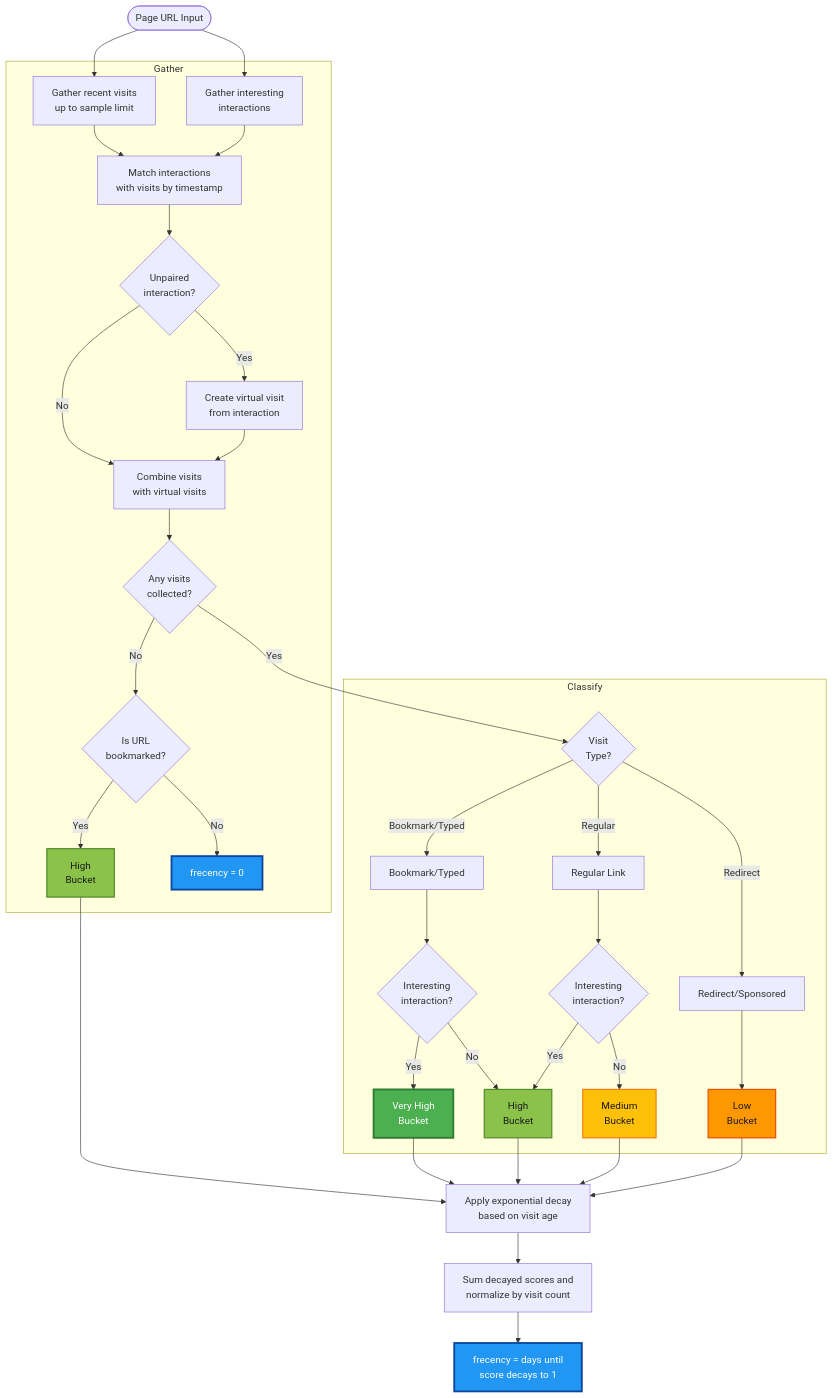
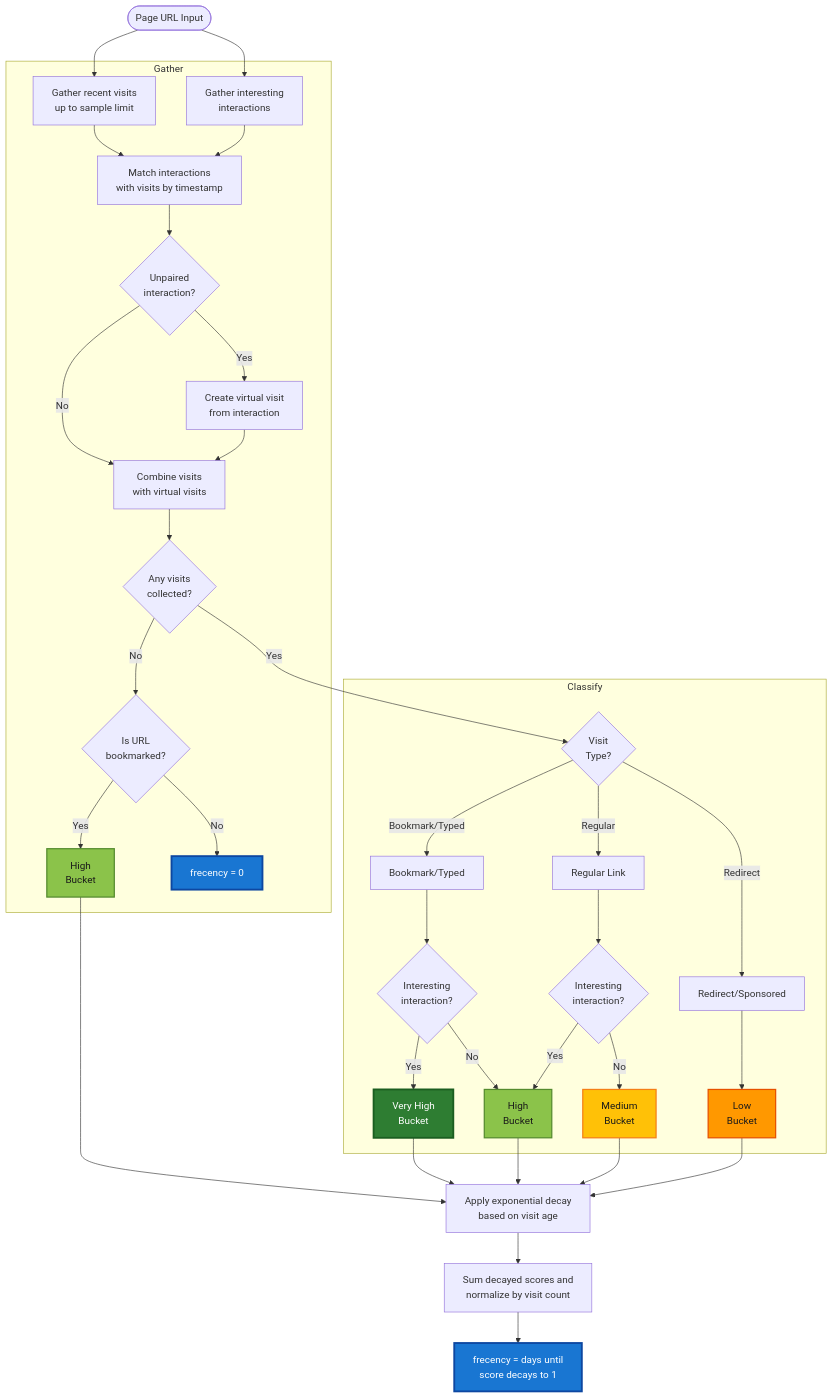
Before and after one commit to marco-c/gecko-dev-comments-removed: the diagram in browser/components/urlbar/docs/ranking.md, drawn with Mermaid.

Commit message:
Bug 2088683 - Darken the green and blue nodes in the urlbar frecency diagram so their white text is readable.

UltraBlame original commit: eabbab23bc2f5d01194353f8d3a85a12d563d6ff

````diff
--- a/browser/components/urlbar/docs/ranking.md
+++ b/browser/components/urlbar/docs/ranking.md
@@ -107,72 +107,72 @@
 ```{mermaid}
 :align: center
 :caption: Frecency calculation flow
 
 flowchart TD
     start([Page URL Input])
     subgraph gather ["Gather"]
         visits[Gather recent visits<br/>up to sample limit]
         interactions[Gather interesting<br/>interactions]
         pair[Match interactions<br/>with visits by timestamp]
         virtual{Unpaired<br/>interaction?}
         generate[Create virtual visit<br/>from interaction]
         combine[Combine visits<br/>with virtual visits]
         hasVisits{Any visits<br/>collected?}
         isBookmarked{Is URL<br/>bookmarked?}
         bookmarkFallback[High<br/>Bucket]
         noData[frecency = 0]
     end
     subgraph classify ["Classify"]
         visitType{Visit<br/>Type?}
         bookmark_typed[Bookmark/Typed]
         regular_click[Regular Link]
         redirect_auto[Redirect/Sponsored]
         bookmarkInteraction{Interesting<br/>interaction?}
         regularInteraction{Interesting<br/>interaction?}
         score1[Very High<br/>Bucket]
         score2[High<br/>Bucket]
         score3[Medium<br/>Bucket]
         score4[Low<br/>Bucket]
     end
     calcDecay[Apply exponential decay<br/>based on visit age]
     aggregate[Sum decayed scores and<br/> normalize by visit count]
     project[frecency = days until<br/>score decays to 1]
     %% Main
     start --> visits & interactions
     visits --> pair
     interactions --> pair
     pair --> virtual
     virtual -->|Yes| generate
     virtual -->|No| combine
     generate --> combine
     combine --> hasVisits
     hasVisits -->|Yes| visitType
     hasVisits -->|No| isBookmarked
     isBookmarked -->|Yes| bookmarkFallback
     isBookmarked -->|No| noData
     bookmarkFallback --> calcDecay
     %% Classification
     visitType -->|Bookmark/Typed| bookmark_typed
     visitType -->|Regular| regular_click
     visitType -->|Redirect| redirect_auto
     bookmark_typed --> bookmarkInteraction
     regular_click --> regularInteraction
     redirect_auto --> score4
     bookmarkInteraction -->|Yes| score1
     bookmarkInteraction -->|No| score2
     regularInteraction -->|Yes| score2
     regularInteraction -->|No| score3
     %% Decay
     score1 & score2 & score3 & score4 --> calcDecay
     calcDecay --> aggregate
     %% Final
     aggregate --> project
     %% Styling
-    style score1 fill:#4caf50,stroke:#2e7d32,stroke-width:3px,color:#fff
+    style score1 fill:#2e7d32,stroke:#1b5e20,stroke-width:3px,color:#fff
     style score2 fill:#8bc34a,stroke:#558b2f,stroke-width:2px,color:#1a1a1a
     style score3 fill:#ffc107,stroke:#f57f17,stroke-width:2px,color:#1a1a1a
     style bookmarkFallback fill:#8bc34a,stroke:#558b2f,stroke-width:2px,color:#1a1a1a
     style score4 fill:#ff9800,stroke:#e65100,stroke-width:2px,color:#1a1a1a
-    style project fill:#2196f3,stroke:#0d47a1,stroke-width:3px,color:#fff
-    style noData fill:#2196f3,stroke:#0d47a1,stroke-width:3px,color:#fff
+    style project fill:#1976d2,stroke:#0d47a1,stroke-width:3px,color:#fff
+    style noData fill:#1976d2,stroke:#0d47a1,stroke-width:3px,color:#fff
 ```
````
